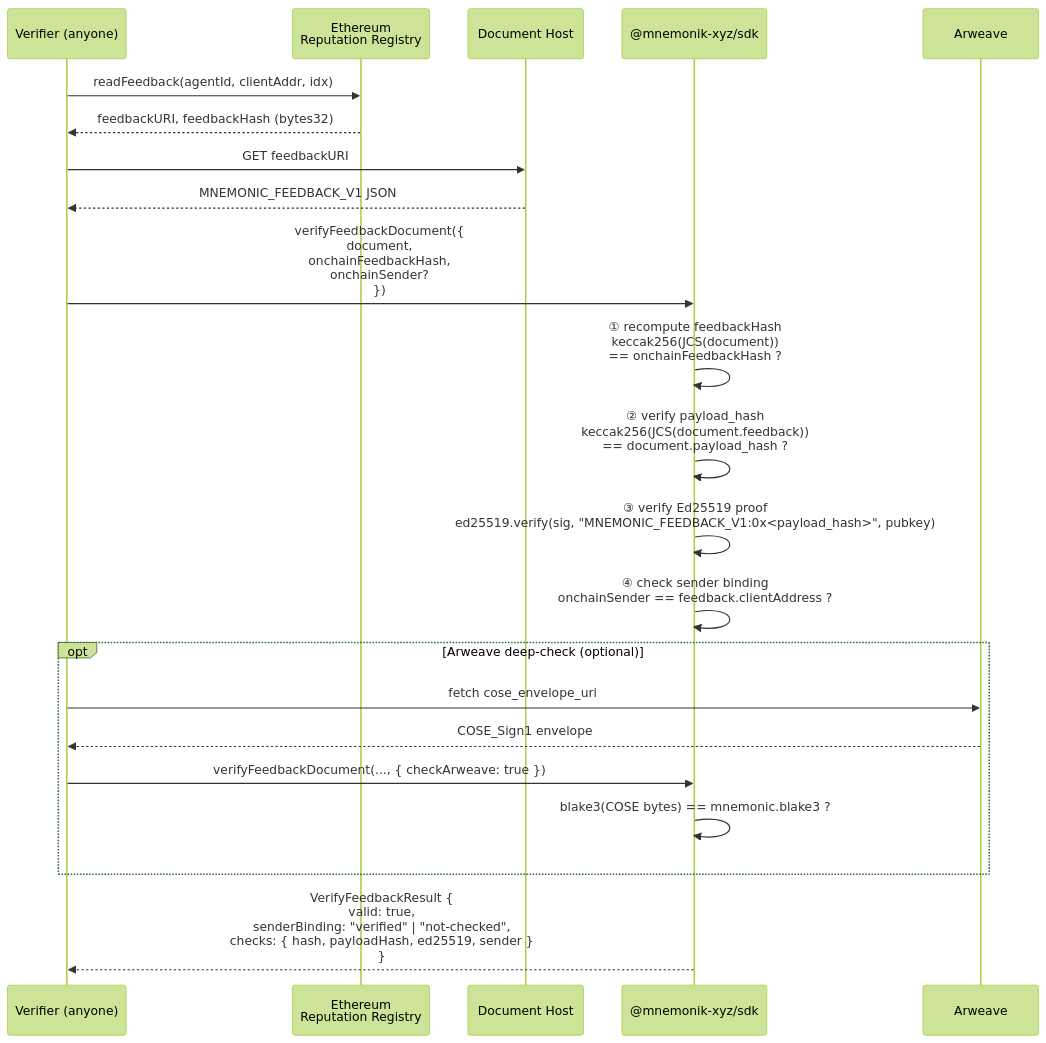
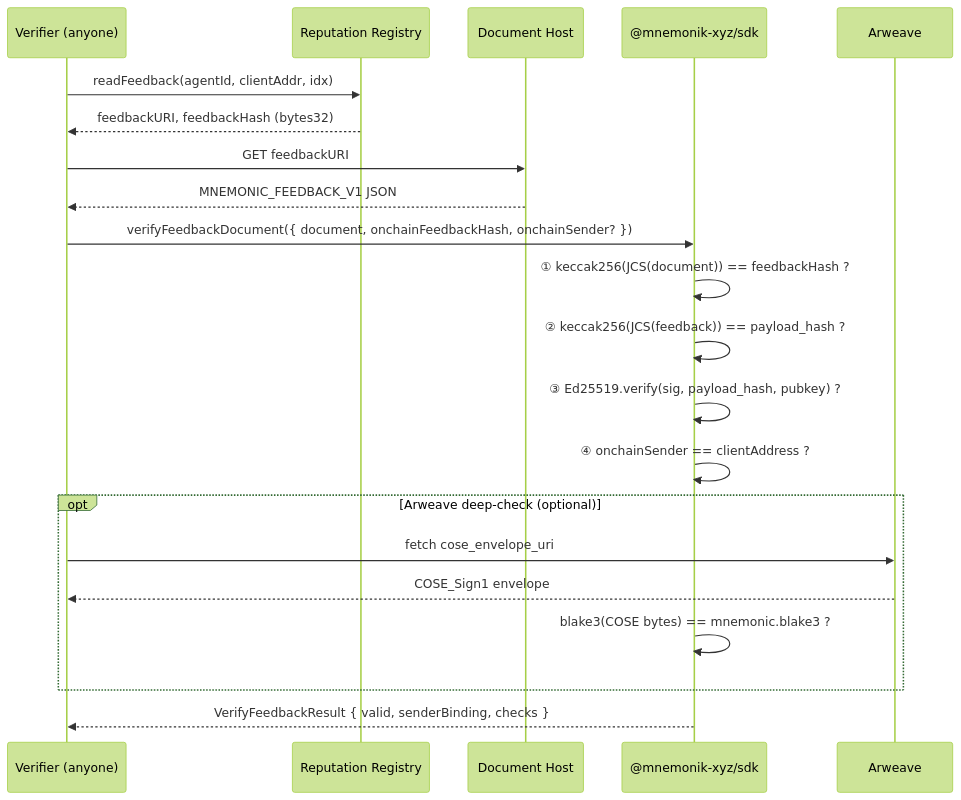
One commit to mnemonik-xyz/monorepo changed the third of 5 diagrams in docs/spec/erc8004-feedback-v1.md. Above: the diagram before and after it, drawn with Mermaid (forest theme). The commit also changed other lines of this file, not shown here.

First line of the commit message:
docs(erc8004): replace PlantUML and timeline with GitHub-native Mermaid diagrams

````diff
--- a/docs/spec/erc8004-feedback-v1.md
+++ b/docs/spec/erc8004-feedback-v1.md
@@ -212,30 +196,24 @@
 ```mermaid
 sequenceDiagram
     participant V as Verifier (anyone)
-    participant ETH as Ethereum<br/>Reputation Registry
+    participant ETH as Reputation Registry
     participant Host as Document Host
     participant SDK as @mnemonik-xyz/sdk
     participant ARW as Arweave
 
     V->>ETH: readFeedback(agentId, clientAddr, idx)
     ETH-->>V: feedbackURI, feedbackHash (bytes32)
-
     V->>Host: GET feedbackURI
     Host-->>V: MNEMONIC_FEEDBACK_V1 JSON
-
-    V->>SDK: verifyFeedbackDocument({<br/>  document,<br/>  onchainFeedbackHash,<br/>  onchainSender?<br/>})
-
-    SDK->>SDK: ① recompute feedbackHash<br/>keccak256(JCS(document))<br/>== onchainFeedbackHash ?
-    SDK->>SDK: ② verify payload_hash<br/>keccak256(JCS(document.feedback))<br/>== document.payload_hash ?
-    SDK->>SDK: ③ verify Ed25519 proof<br/>ed25519.verify(sig, "MNEMONIC_FEEDBACK_V1:0x<payload_hash>", pubkey)
-    SDK->>SDK: ④ check sender binding<br/>onchainSender == feedback.clientAddress ?
-
+    V->>SDK: verifyFeedbackDocument({ document, onchainFeedbackHash, onchainSender? })
+    SDK->>SDK: ① keccak256(JCS(document)) == feedbackHash ?
+    SDK->>SDK: ② keccak256(JCS(feedback)) == payload_hash ?
+    SDK->>SDK: ③ Ed25519.verify(sig, payload_hash, pubkey) ?
+    SDK->>SDK: ④ onchainSender == clientAddress ?
     opt Arweave deep-check (optional)
         V->>ARW: fetch cose_envelope_uri
         ARW-->>V: COSE_Sign1 envelope
-        V->>SDK: verifyFeedbackDocument(..., { checkArweave: true })
         SDK->>SDK: blake3(COSE bytes) == mnemonic.blake3 ?
     end
-
-    SDK-->>V: VerifyFeedbackResult {<br/>  valid: true,<br/>  senderBinding: "verified" | "not-checked",<br/>  checks: { hash, payloadHash, ed25519, sender }<br/>}
+    SDK-->>V: VerifyFeedbackResult { valid, senderBinding, checks }
 ```
````
